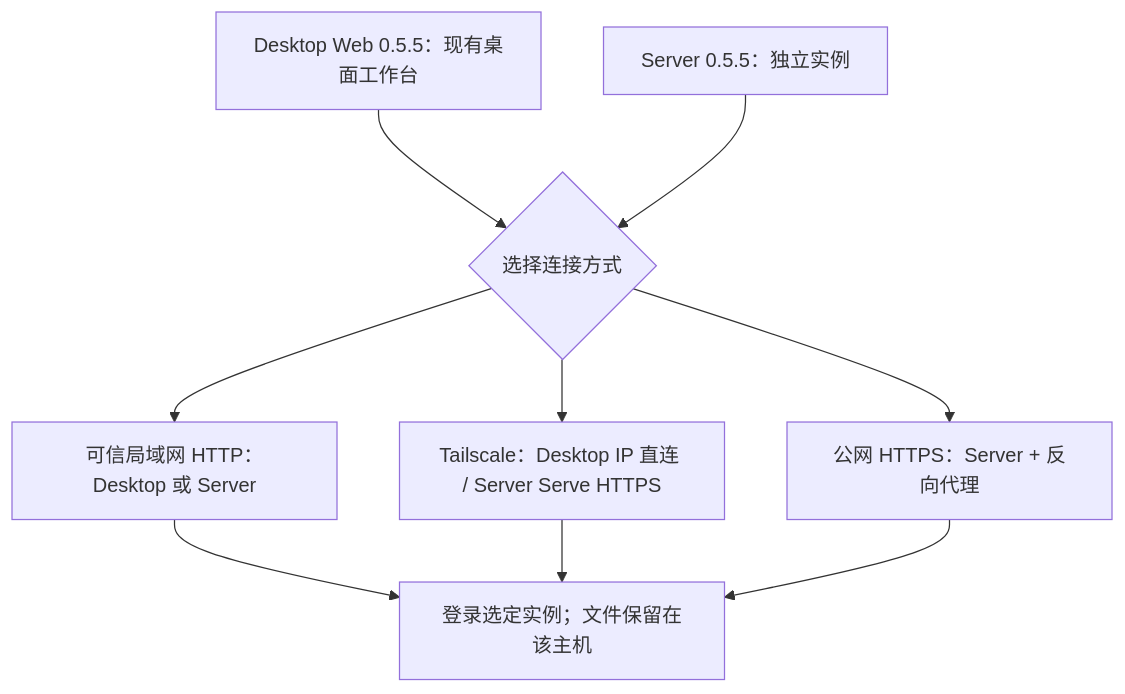
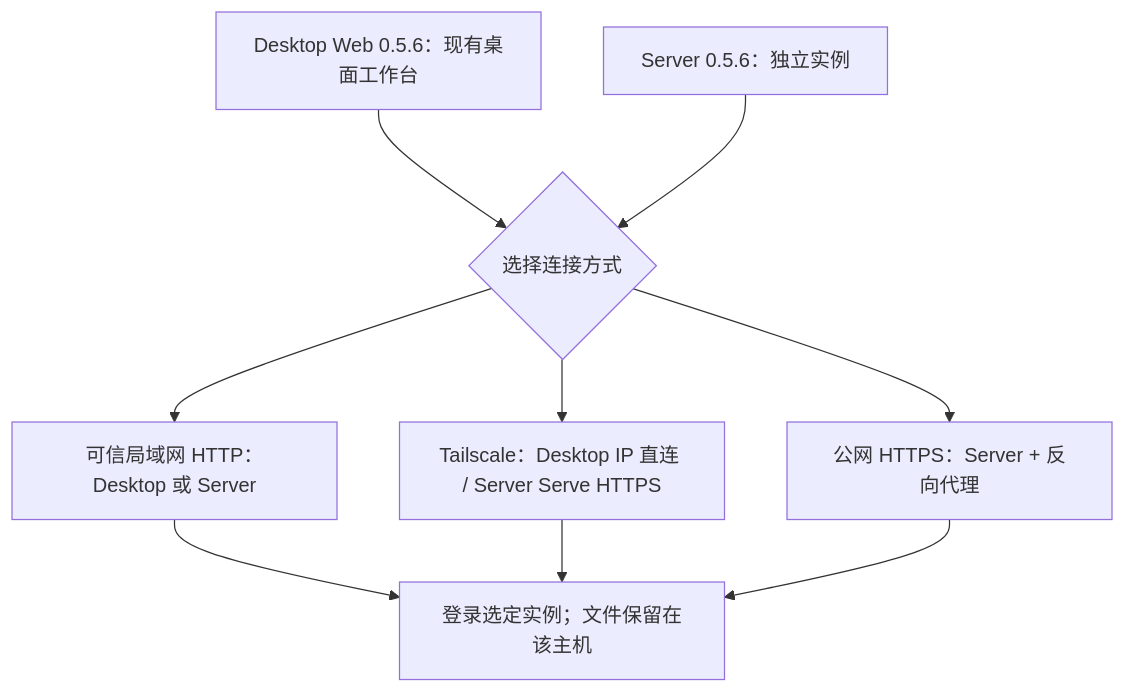
One commit to murray17/rovai-ai changed the diagram in website/site/public/assets/diagrams/deployment-choice-zh.mmd. Above: the diagram before and after it, drawn with Mermaid. The commit also changed 10 other files, not shown here.

```diff
--- a/website/site/public/assets/diagrams/deployment-choice-zh.mmd
+++ b/website/site/public/assets/diagrams/deployment-choice-zh.mmd
@@ -1,12 +1,12 @@
 flowchart TB
-  desktop["Desktop Web 0.5.5：现有桌面工作台"]
-  server["Server 0.5.5：独立实例"]
+  desktop["Desktop Web 0.5.6：现有桌面工作台"]
+  server["Server 0.5.6：独立实例"]
   choice{"选择连接方式"}
   desktop --> choice
   server --> choice
   choice --> lan["可信局域网 HTTP：Desktop 或 Server"]
   choice --> ts["Tailscale：Desktop IP 直连 / Server Serve HTTPS"]
   choice --> public["公网 HTTPS：Server + 反向代理"]
   lan --> login["登录选定实例；文件保留在该主机"]
   ts --> login
   public --> login
```
